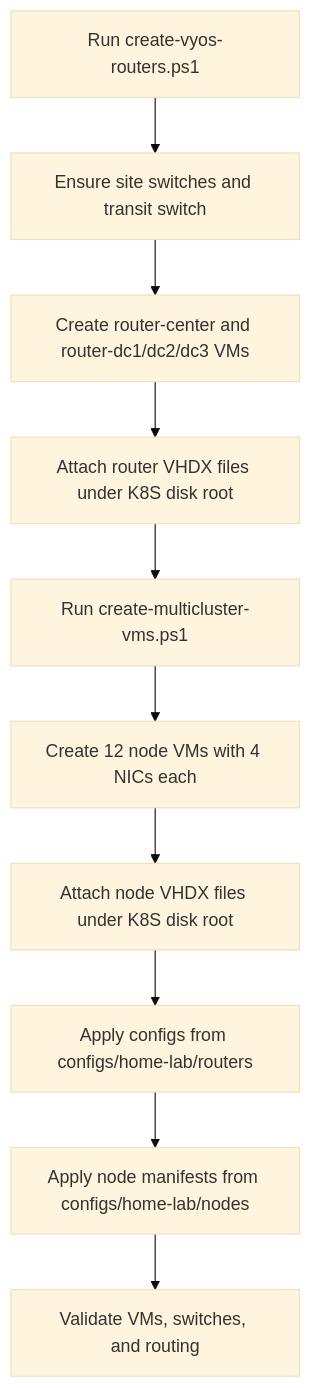
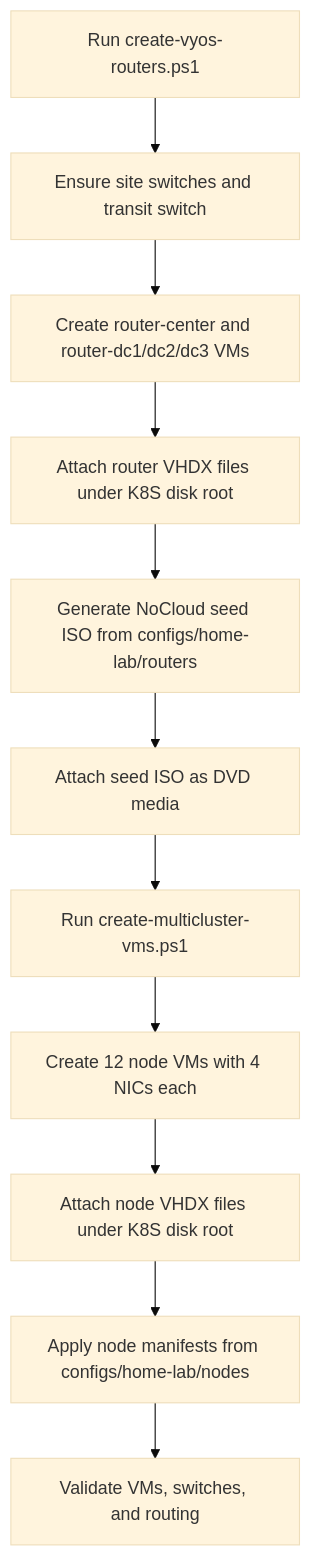
One commit to cantrellr/vyos-appgate-dren-lab changed the second of 3 diagrams in docs/System-Design.md. Above: the diagram before and after it, drawn with Mermaid (base theme). The commit also changed other lines of this file and 6 other files, not shown here.

Commit message:
Enhance VyOS router provisioning with NoCloud seed ISO creation and secure boot configurations; update documentation for clarity on new features and usage.

````diff
--- a/docs/System-Design.md
+++ b/docs/System-Design.md
@@ -175,12 +177,13 @@
 ```mermaid
 flowchart TD
   A[Run create-vyos-routers.ps1] --> B[Ensure site switches and transit switch]
   B --> C[Create router-center and router-dc1/dc2/dc3 VMs]
   C --> D[Attach router VHDX files under K8S disk root]
-  D --> E[Run create-multicluster-vms.ps1]
-  E --> F[Create 12 node VMs with 4 NICs each]
-  F --> G[Attach node VHDX files under K8S disk root]
-  G --> H[Apply configs from configs/home-lab/routers]
-  H --> I[Apply node manifests from configs/home-lab/nodes]
-  I --> J[Validate VMs, switches, and routing]
+  D --> E[Generate NoCloud seed ISO from configs/home-lab/routers]
+  E --> F[Attach seed ISO as DVD media]
+  F --> G[Run create-multicluster-vms.ps1]
+  G --> H[Create 12 node VMs with 4 NICs each]
+  H --> I[Attach node VHDX files under K8S disk root]
+  I --> J[Apply node manifests from configs/home-lab/nodes]
+  J --> K[Validate VMs, switches, and routing]
 ```
````
